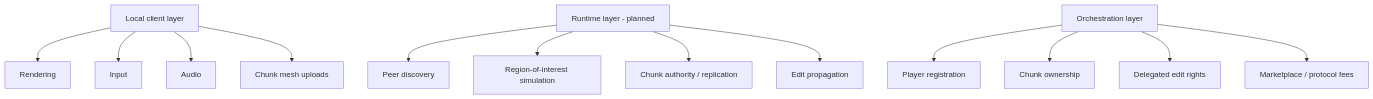
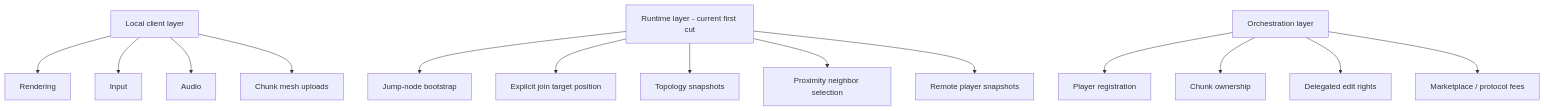
One commit to luppichristian/OpenRealm changed the second of 4 diagrams in README.md. Above: the diagram before and after it, drawn with Mermaid. The commit also changed other lines of this file and 27 other files, not shown here.

Commit message:
refactor: cut over runtime topology session flow

````diff
--- a/README.md
+++ b/README.md
@@ -34,17 +34,18 @@
 ```mermaid
 flowchart TD
   A[Local client layer] --> A1[Rendering]
   A --> A2[Input]
   A --> A3[Audio]
   A --> A4[Chunk mesh uploads]
 
-  B[Runtime layer - planned] --> B1[Peer discovery]
-  B --> B2[Region-of-interest simulation]
-  B --> B3[Chunk authority / replication]
-  B --> B4[Edit propagation]
+  B[Runtime layer - current first cut] --> B1[Jump-node bootstrap]
+  B --> B2[Explicit join target position]
+  B --> B3[Topology snapshots]
+  B --> B4[Proximity neighbor selection]
+  B --> B5[Remote player snapshots]
 
   C[Orchestration layer] --> C1[Player registration]
   C --> C2[Chunk ownership]
   C --> C3[Delegated edit rights]
   C --> C4[Marketplace / protocol fees]
 ```
````
